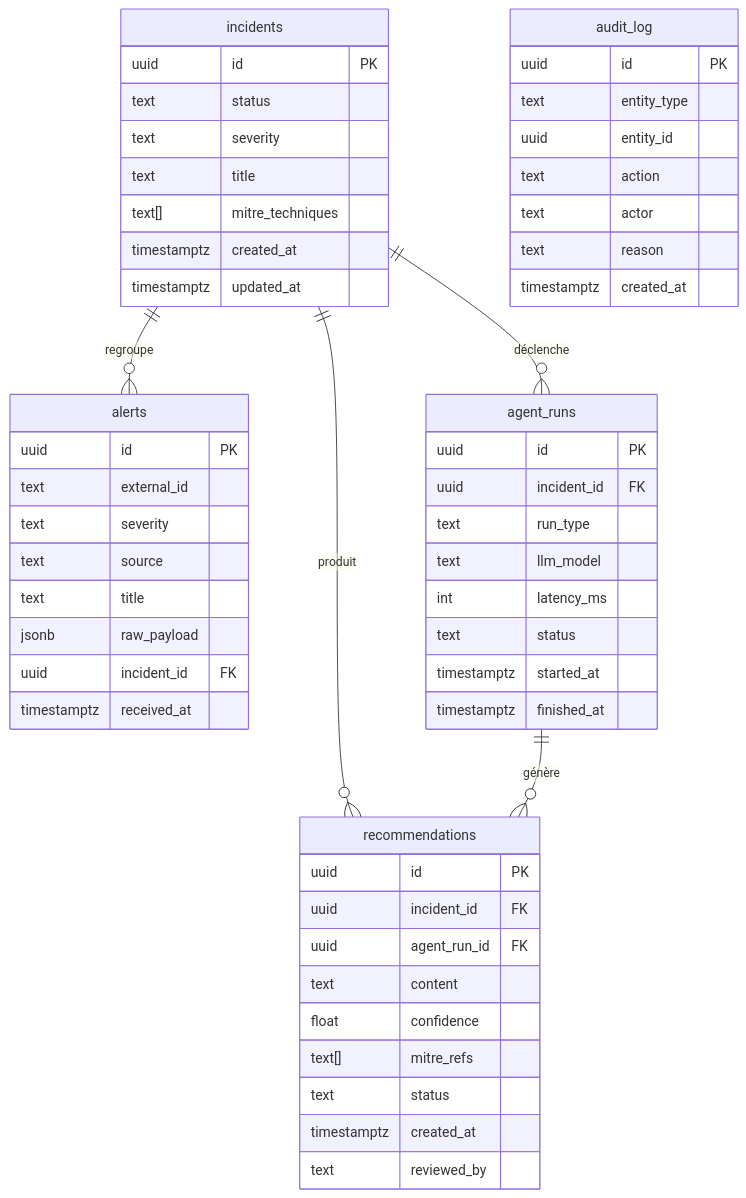
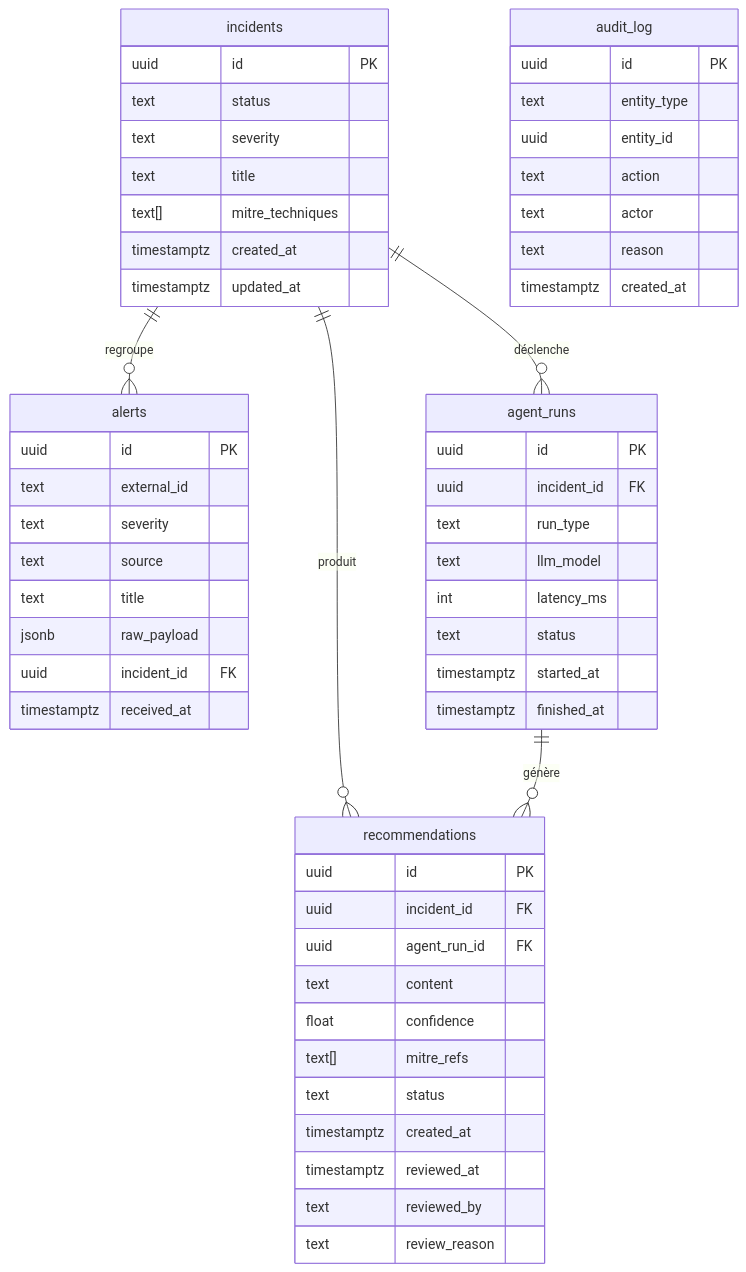
One commit to Akra-Ai42/usine-ia-scaffold changed the diagram in README.md. Above: the diagram before and after it, drawn with Mermaid. The commit also changed 5 other files, not shown here.

First line of the commit message:
fix: transaction atomique review+audit_log, champ review_reason

````diff
--- a/README.md
+++ b/README.md
@@ -49,57 +49,59 @@
 ```mermaid
 erDiagram
     incidents {
         uuid id PK
         text status
         text severity
         text title
         text[] mitre_techniques
         timestamptz created_at
         timestamptz updated_at
     }
     alerts {
         uuid id PK
         text external_id
         text severity
         text source
         text title
         jsonb raw_payload
         uuid incident_id FK
         timestamptz received_at
     }
     agent_runs {
         uuid id PK
         uuid incident_id FK
         text run_type
         text llm_model
         int latency_ms
         text status
         timestamptz started_at
         timestamptz finished_at
     }
     recommendations {
         uuid id PK
         uuid incident_id FK
         uuid agent_run_id FK
         text content
         float confidence
         text[] mitre_refs
         text status
         timestamptz created_at
+        timestamptz reviewed_at
         text reviewed_by
+        text review_reason
     }
     audit_log {
         uuid id PK
         text entity_type
         uuid entity_id
         text action
         text actor
         text reason
         timestamptz created_at
     }
 
     incidents ||--o{ alerts : "regroupe"
     incidents ||--o{ agent_runs : "déclenche"
     incidents ||--o{ recommendations : "produit"
     agent_runs ||--o{ recommendations : "génère"
 ```
````
